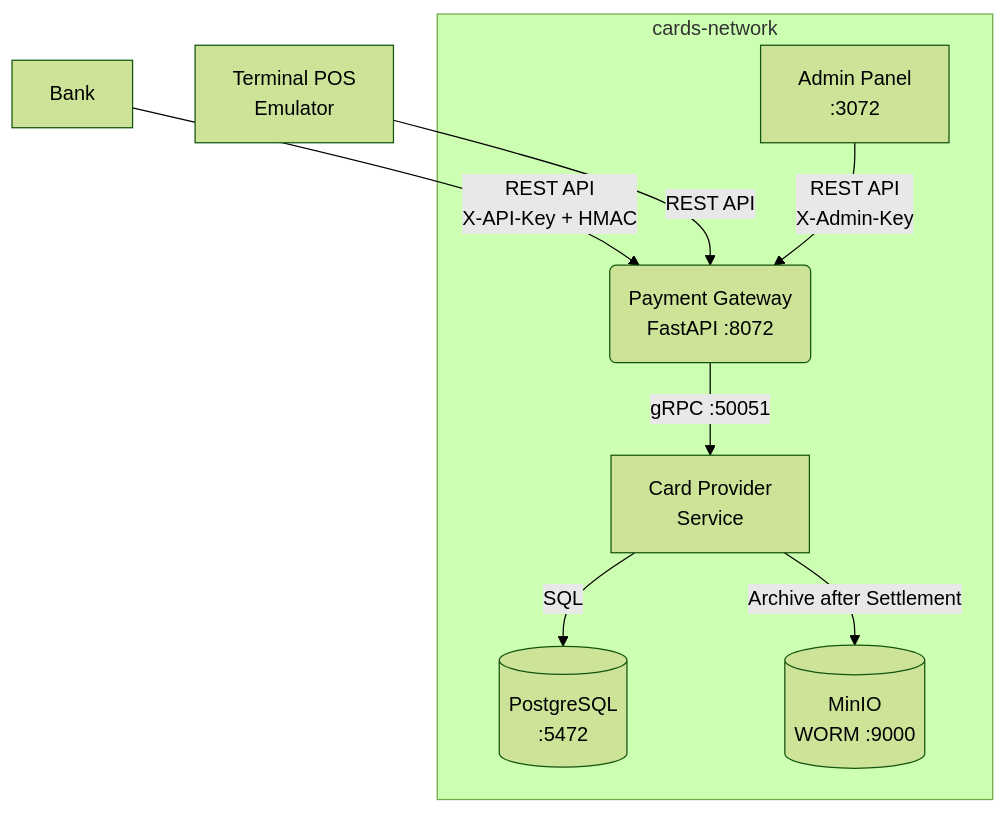
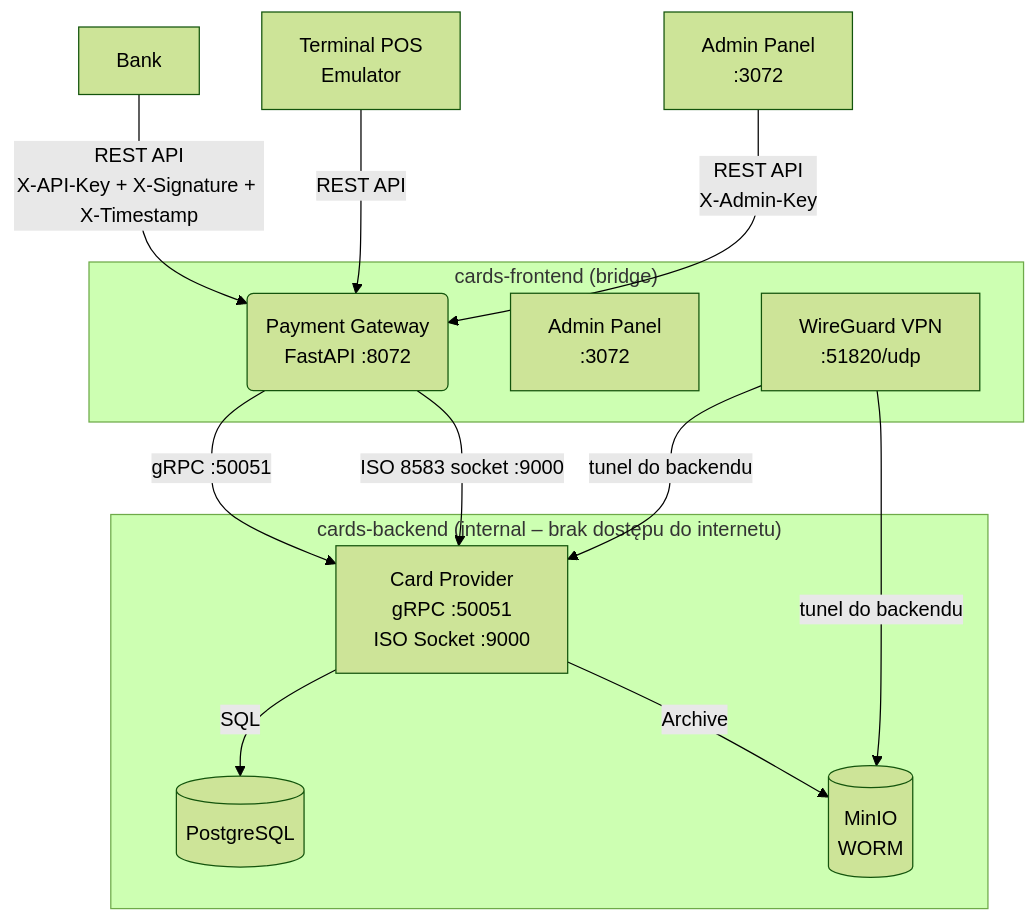
Before and after one commit to FilipSl3/Karty-Platnicze-Aplikacje-Biznesowe: the first of 6 diagrams in README.md, drawn with Mermaid (forest theme). The commit also changed other lines of this file and 3 other files, not shown here.

````diff
--- a/README.md
+++ b/README.md
@@ -52,17 +55,25 @@
 ```mermaid
 graph TD
-    BANK[Bank] -->|REST API\nX-API-Key + HMAC| GW(Payment Gateway\nFastAPI :8072)
+    BANK[Bank] -->|REST API\nX-API-Key + X-Signature + X-Timestamp| GW
     TERMINAL[Terminal POS\nEmulator] -->|REST API| GW
     ADMIN[Admin Panel\n:3072] -->|REST API\nX-Admin-Key| GW
-    GW -->|gRPC :50051| CP[Card Provider\nService]
-    CP -->|SQL| DB[(PostgreSQL\n:5472)]
-    CP -->|Archive after Settlement| MINIO[(MinIO\nWORM :9000)]
 
-    subgraph cards-network
-        GW
-        CP
-        DB
-        MINIO
-        ADMIN
+    subgraph cards-frontend ["cards-frontend (bridge)"]
+        GW(Payment Gateway\nFastAPI :8072)
+        PANEL[Admin Panel\n:3072]
+        VPN[WireGuard VPN\n:51820/udp]
     end
+
+    subgraph cards-backend ["cards-backend (internal – brak dostępu do internetu)"]
+        CP[Card Provider\ngRPC :50051\nISO Socket :9000]
+        DB[(PostgreSQL)]
+        MINIO[(MinIO\nWORM)]
+    end
+
+    GW -->|gRPC :50051| CP
+    GW -->|ISO 8583 socket :9000| CP
+    CP -->|SQL| DB
+    CP -->|Archive| MINIO
+    VPN -->|tunel do backendu| CP
+    VPN -->|tunel do backendu| MINIO
 ```
````
